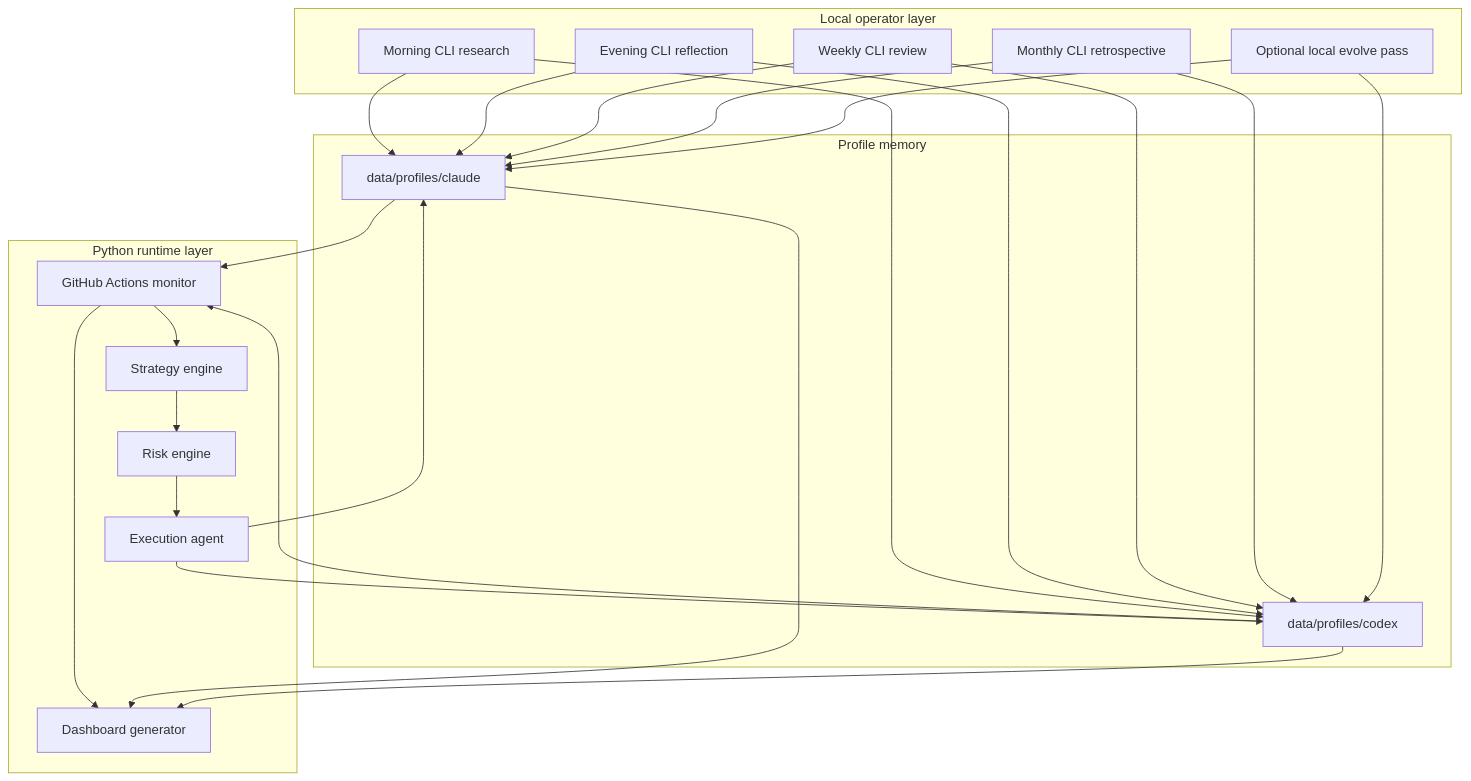
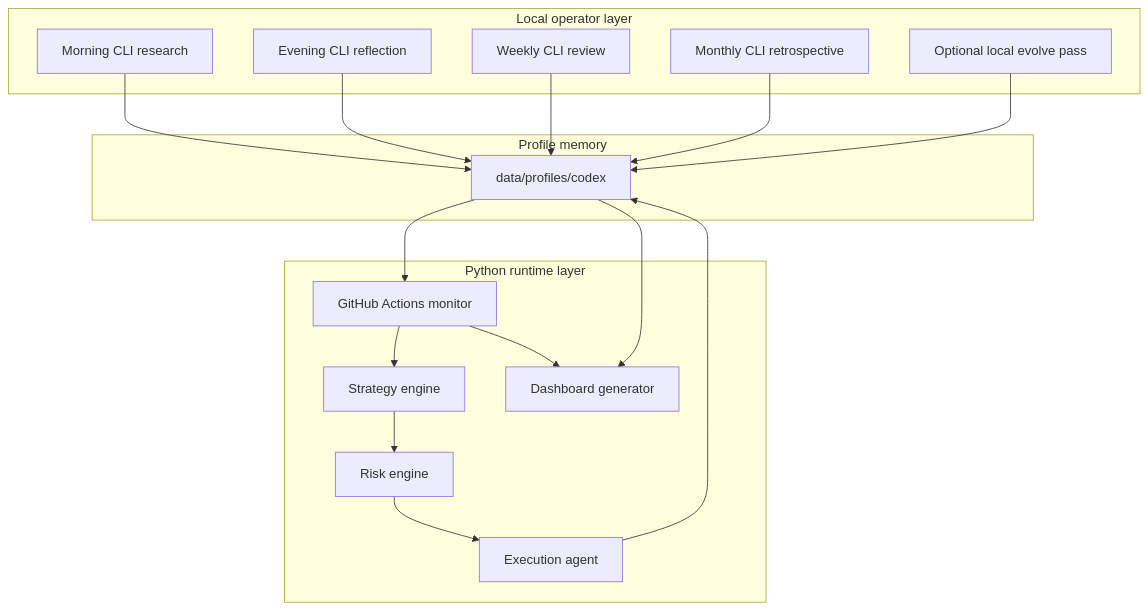
The first of 2 diagrams in SYSTEM_GUIDE.md (Aashay-chaudhari/trader), drawn with Mermaid before and after one commit. The commit also changed other lines of this file and 5473 other files, not shown here.

````diff
--- a/SYSTEM_GUIDE.md
+++ b/SYSTEM_GUIDE.md
@@ -11,42 +11,33 @@
 ```mermaid
 flowchart TB
     subgraph Local[Local operator layer]
       M[Morning CLI research]
       E[Evening CLI reflection]
       W[Weekly CLI review]
       MO[Monthly CLI retrospective]
       EV[Optional local evolve pass]
     end
 
     subgraph Runtime[Python runtime layer]
       MON[GitHub Actions monitor]
       STRAT[Strategy engine]
       RISK[Risk engine]
       EXEC[Execution agent]
       DASH[Dashboard generator]
     end
 
     subgraph Memory[Profile memory]
-      P1[data/profiles/claude]
       P2[data/profiles/codex]
     end
 
-    M --> P1
     M --> P2
-    E --> P1
     E --> P2
-    W --> P1
     W --> P2
-    MO --> P1
     MO --> P2
-    EV --> P1
     EV --> P2
-    P1 --> MON
     P2 --> MON
     MON --> STRAT --> RISK --> EXEC
-    EXEC --> P1
     EXEC --> P2
     MON --> DASH
-    P1 --> DASH
     P2 --> DASH
 ```
````
